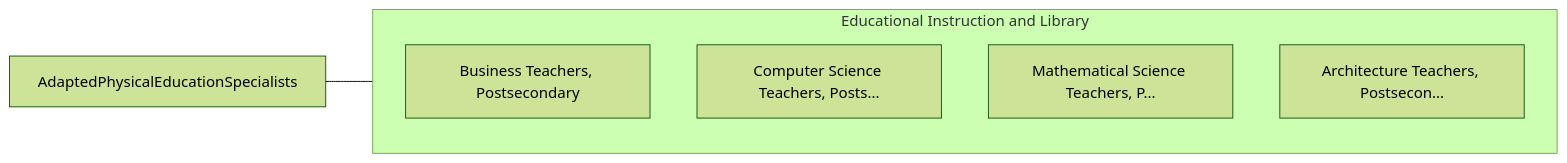
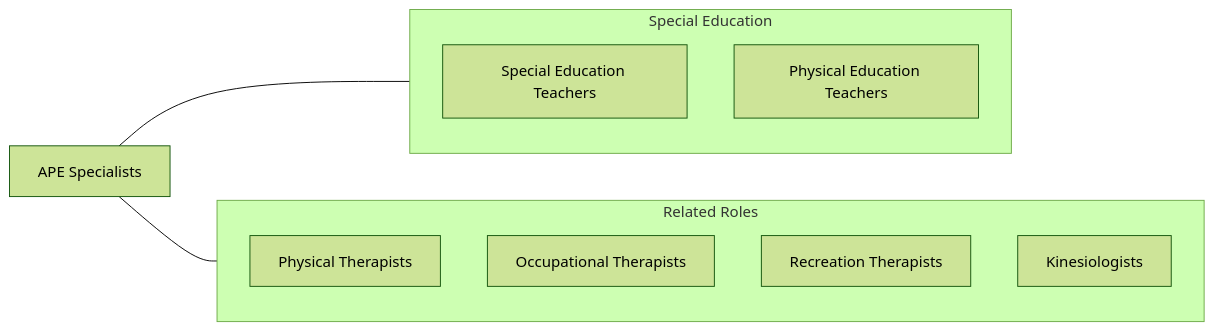
Before and after one commit to kziemski/business.org.ai: the fourth of 4 diagrams in occupations/Education/AdaptedPhysicalEducationSpecialists.mdx, drawn with Mermaid (forest theme). The commit also changed other lines of this file and 938 other files, not shown here.

````diff
--- a/occupations/Education/AdaptedPhysicalEducationSpecialists.mdx
+++ b/occupations/Education/AdaptedPhysicalEducationSpecialists.mdx
@@ -110,13 +164,19 @@
 ```mermaid
 graph LR
-    Current["AdaptedPhysicalEducationSpecialists"]
+    Current["APE Specialists"]
 
-    subgraph SameCategory["Educational Instruction and Library"]
-        BusinessTeachersPost["Business Teachers, Postsecondary"]
-        ComputerScienceTeach["Computer Science Teachers, Posts..."]
-        MathematicalScienceT["Mathematical Science Teachers, P..."]
-        ArchitectureTeachers["Architecture Teachers, Postsecon..."]
+    subgraph SameCategory["Special Education"]
+        SpEdTeachers["Special Education Teachers"]
+        PETeachers["Physical Education Teachers"]
+    end
+
+    subgraph CrossFunctional["Related Roles"]
+        PT["Physical Therapists"]
+        OT["Occupational Therapists"]
+        RecTherapists["Recreation Therapists"]
+        Kinesiologists["Kinesiologists"]
     end
 
     Current --- SameCategory
+    Current --- CrossFunctional
 ```
````
